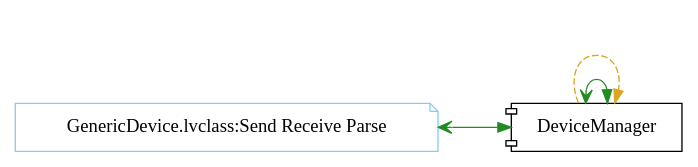
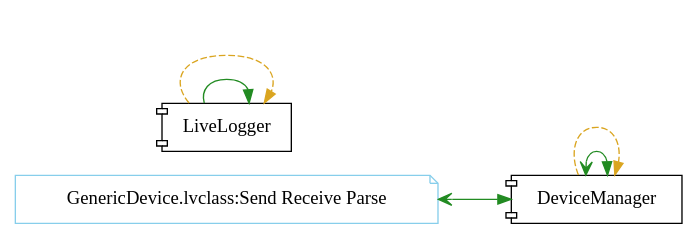
The diagram in docs/Includes/002.adoc (HORIBAEzSpecSDK/labview-sdk), drawn with Graphviz before and after one commit. The commit also changed other lines of this file and 527 other files, not shown here.

```diff
--- a/docs/Includes/002.adoc
+++ b/docs/Includes/002.adoc
@@ -16,13 +19,16 @@
 [graphviz, format="png", align="center"]
 ....
-digraph G503347 {
+digraph G81893 {
 rankdir=LR;
 edge[dir=both color=black  arrowhead=normal arrowtail=none style=filled penwidth=1]
 node[color=black shape=box]
 "DeviceManager"[color=black shape=component]
 "GenericDevice.lvclass:Send Receive Parse"[color=skyblue shape=note]
+"LiveLogger"[color=black shape=component]
 "DeviceManager" -> "DeviceManager" [label="    " dir=both color=forestgreen  arrowhead=normal arrowtail=vee style=filled penwidth=1];
 "GenericDevice.lvclass:Send Receive Parse" -> "DeviceManager" [label="    " dir=both color=forestgreen  arrowhead=normal arrowtail=vee style=filled penwidth=1];
 "DeviceManager" -> "DeviceManager" [label=" " dir=both color=goldenrod  arrowhead=normal arrowtail=none style=dashed penwidth=1];
+"LiveLogger" -> "LiveLogger" [label="    " dir=both color=forestgreen  arrowhead=normal arrowtail=none style=filled penwidth=1];
+"LiveLogger" -> "LiveLogger" [label=" " dir=both color=goldenrod  arrowhead=normal arrowtail=none style=dashed penwidth=1];
 }
 ....
```
